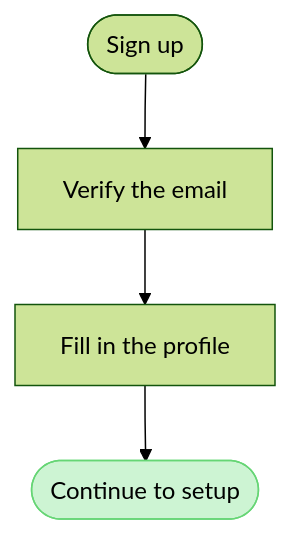
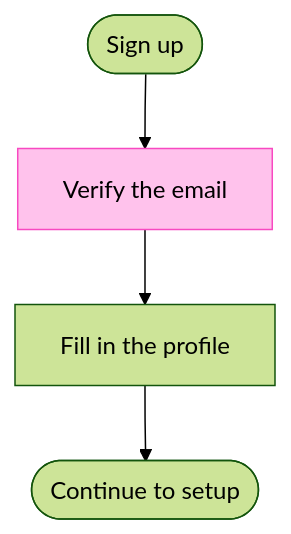
Before and after one commit to MichelKerkmeester/product-owner_create-tickets-and-stories: the fifth of 6 diagrams in sk-create-figjam/assets/flow-templates.md, drawn with Mermaid (forest theme). The commit also changed other lines of this file and 51 other files, not shown here.

````diff
--- a/sk-create-figjam/assets/flow-templates.md
+++ b/sk-create-figjam/assets/flow-templates.md
@@ -115,7 +121,8 @@
 ```mermaid
 flowchart TD
+    %% goal: handoff
     start([Sign up]) --> verify[Verify the email]
     verify --> profile[Fill in the profile]
     profile --> handoff([Continue to setup])
-    style handoff fill:#CDF4D3,stroke:#66D575
+    style verify fill:#FFC2EC,stroke:#F849C1
 ```
````
